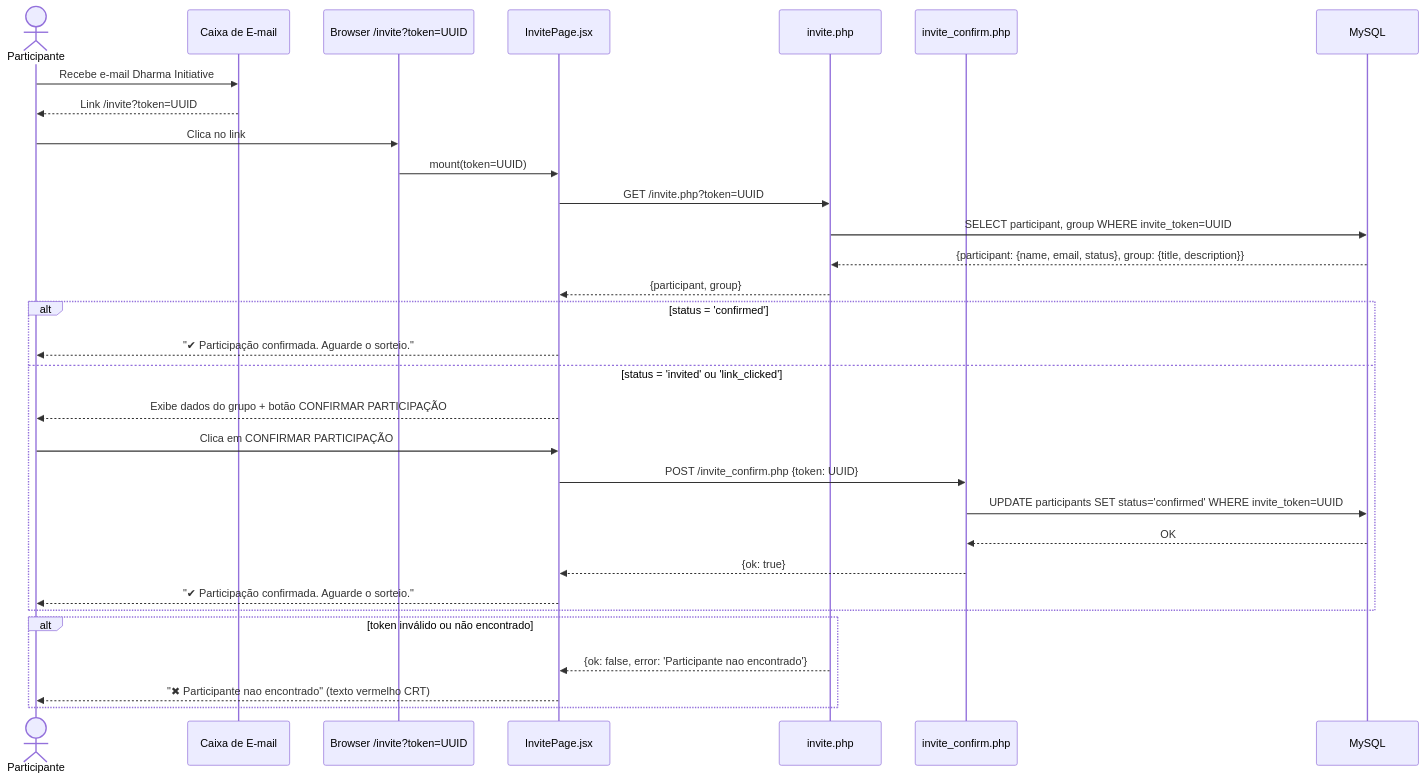
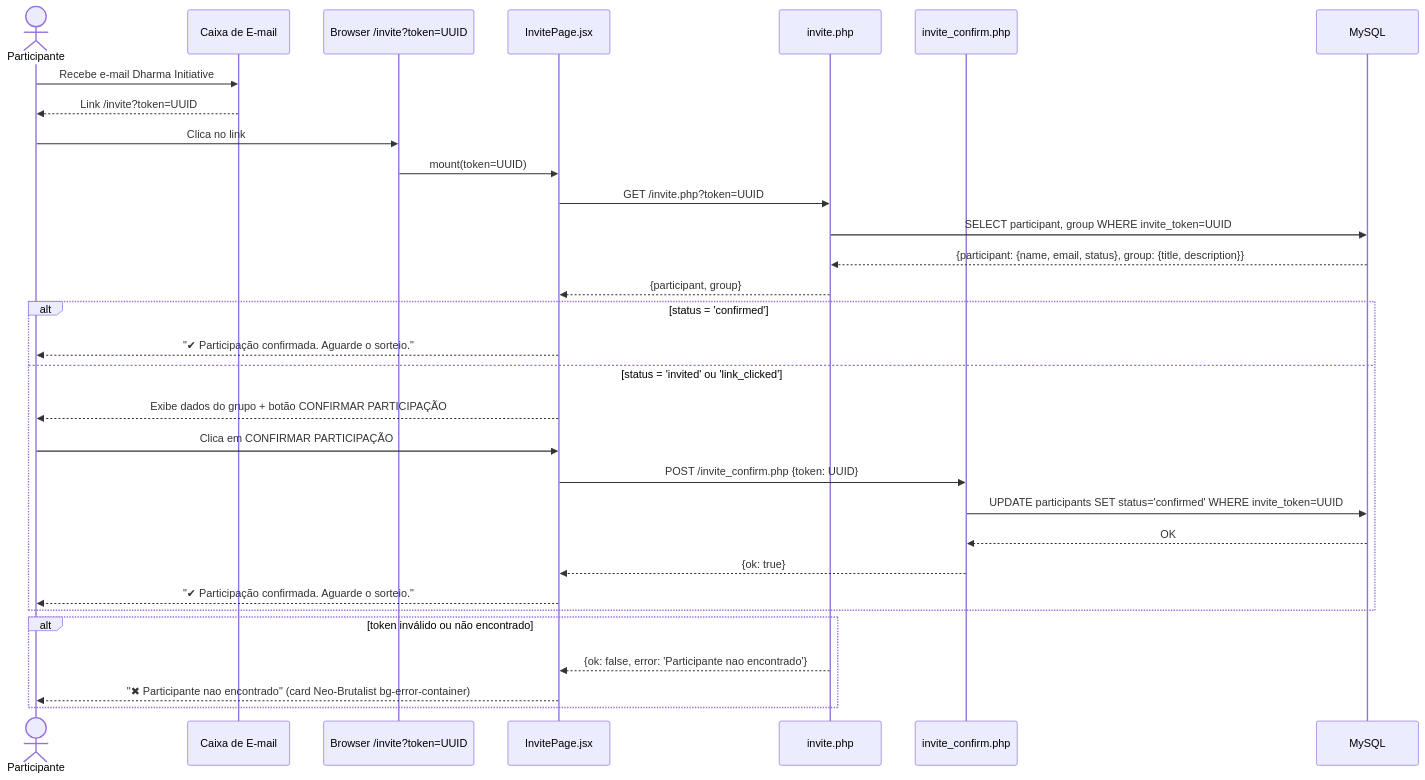
The second of 4 diagrams in docs/modules/orquestrador_grupo.md (charines/AmigoSecreto), drawn with Mermaid before and after one commit. The commit also changed other lines of this file and 6 other files, not shown here.

Commit message:
feat: update project version to 1.5.0; remove legacy components and implement Neo-Brutalist design across multiple modules

````diff
--- a/docs/modules/orquestrador_grupo.md
+++ b/docs/modules/orquestrador_grupo.md
@@ -115,37 +115,37 @@
 ```mermaid
 sequenceDiagram
     actor P as Participante
     participant EMAIL as Caixa de E-mail
     participant B as Browser /invite?token=UUID
     participant I as InvitePage.jsx
     participant API_INV as invite.php
     participant API_CONF as invite_confirm.php
     participant DB as MySQL
 
     P->>EMAIL: Recebe e-mail Dharma Initiative
     EMAIL-->>P: Link /invite?token=UUID
 
     P->>B: Clica no link
     B->>I: mount(token=UUID)
     I->>API_INV: GET /invite.php?token=UUID
     API_INV->>DB: SELECT participant, group WHERE invite_token=UUID
     DB-->>API_INV: {participant: {name, email, status}, group: {title, description}}
     API_INV-->>I: {participant, group}
 
     alt status = 'confirmed'
         I-->>P: "✔ Participação confirmada. Aguarde o sorteio."
     else status = 'invited' ou 'link_clicked'
         I-->>P: Exibe dados do grupo + botão CONFIRMAR PARTICIPAÇÃO
         P->>I: Clica em CONFIRMAR PARTICIPAÇÃO
         I->>API_CONF: POST /invite_confirm.php {token: UUID}
         API_CONF->>DB: UPDATE participants SET status='confirmed' WHERE invite_token=UUID
         DB-->>API_CONF: OK
         API_CONF-->>I: {ok: true}
         I-->>P: "✔ Participação confirmada. Aguarde o sorteio."
     end
 
     alt token inválido ou não encontrado
         API_INV-->>I: {ok: false, error: 'Participante nao encontrado'}
-        I-->>P: "✖ Participante nao encontrado" (texto vermelho CRT)
+        I-->>P: "✖ Participante nao encontrado" (card Neo-Brutalist bg-error-container)
     end
 ```
````
